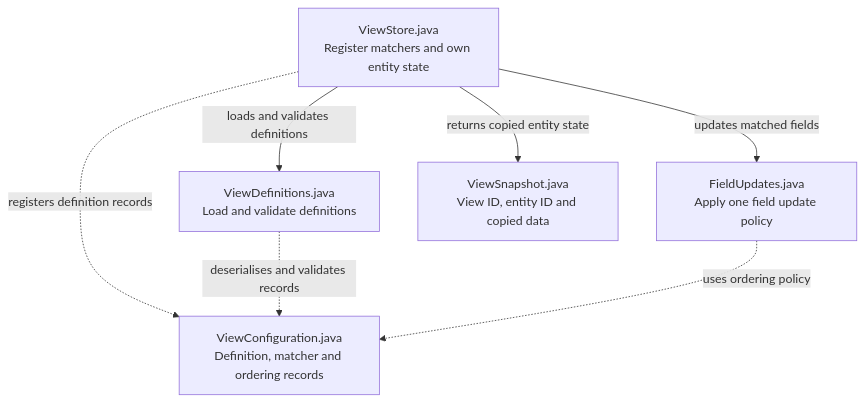
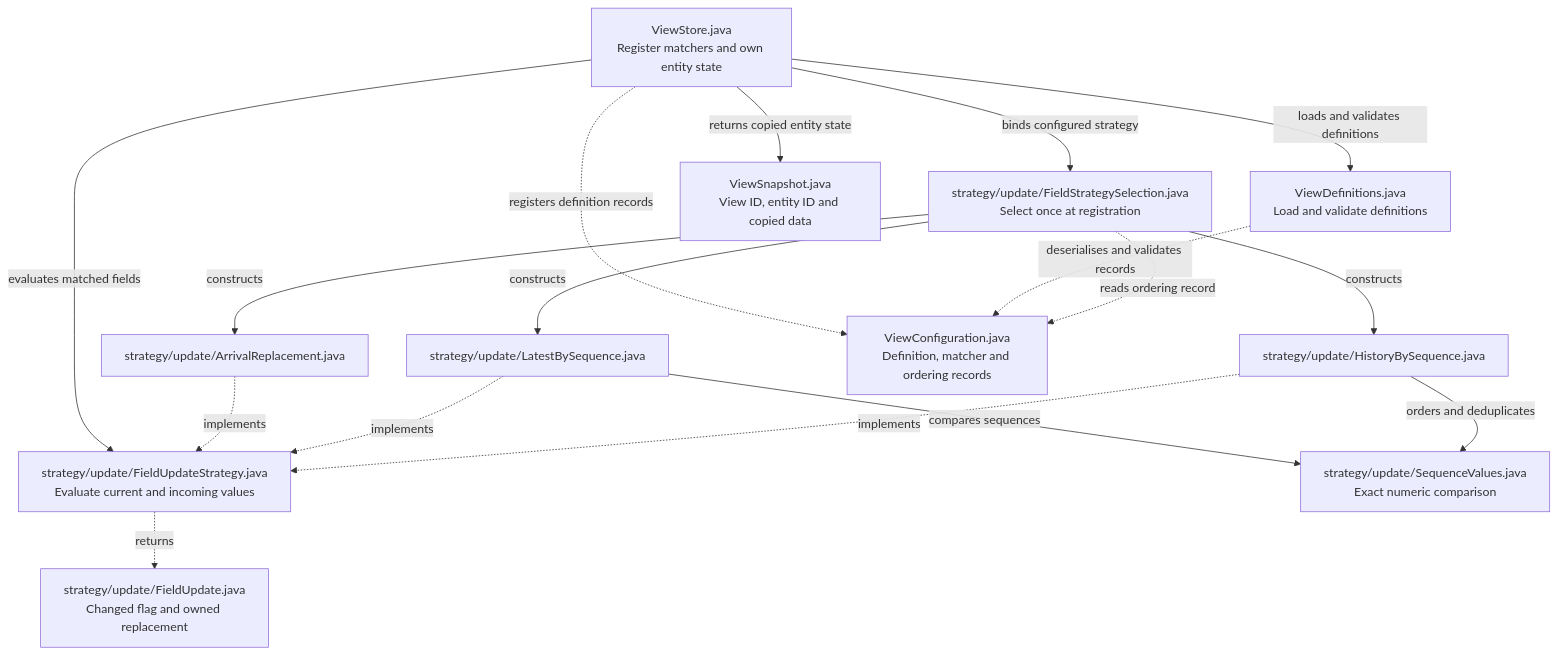
One commit to sproates/zooglass changed the third of 3 diagrams in zooglass/docs/source-map.md. Above: the diagram before and after it, drawn with Mermaid. The commit also changed other lines of this file and 13 other files, not shown here.

Commit message:
Extract configured field-update strategies into named modules (#117)

````diff
--- a/zooglass/docs/source-map.md
+++ b/zooglass/docs/source-map.md
@@ -84,14 +84,30 @@
 ```mermaid
 flowchart TB
   store["ViewStore.java<br/>Register matchers and own entity state"]
   definitions["ViewDefinitions.java<br/>Load and validate definitions"]
-  fields["FieldUpdates.java<br/>Apply one field update policy"]
+  selection["strategy/update/FieldStrategySelection.java<br/>Select once at registration"]
+  strategy["strategy/update/FieldUpdateStrategy.java<br/>Evaluate current and incoming values"]
+  result["strategy/update/FieldUpdate.java<br/>Changed flag and owned replacement"]
+  arrival["strategy/update/ArrivalReplacement.java"]
+  latest["strategy/update/LatestBySequence.java"]
+  history["strategy/update/HistoryBySequence.java"]
+  numbers["strategy/update/SequenceValues.java<br/>Exact numeric comparison"]
   config["ViewConfiguration.java<br/>Definition, matcher and ordering records"]
   snapshot["ViewSnapshot.java<br/>View ID, entity ID and copied data"]
   store -->|loads and validates definitions| definitions
-  store -->|updates matched fields| fields
+  store -->|binds configured strategy| selection
+  store -->|evaluates matched fields| strategy
+  strategy -.->|returns| result
+  selection -->|constructs| arrival
+  selection -->|constructs| latest
+  selection -->|constructs| history
+  arrival -.->|implements| strategy
+  latest -.->|implements| strategy
+  history -.->|implements| strategy
+  latest -->|compares sequences| numbers
+  history -->|orders and deduplicates| numbers
   store -->|returns copied entity state| snapshot
   store -.->|registers definition records| config
   definitions -.->|deserialises and validates records| config
-  fields -.->|uses ordering policy| config
+  selection -.->|reads ordering record| config
 ```
````
